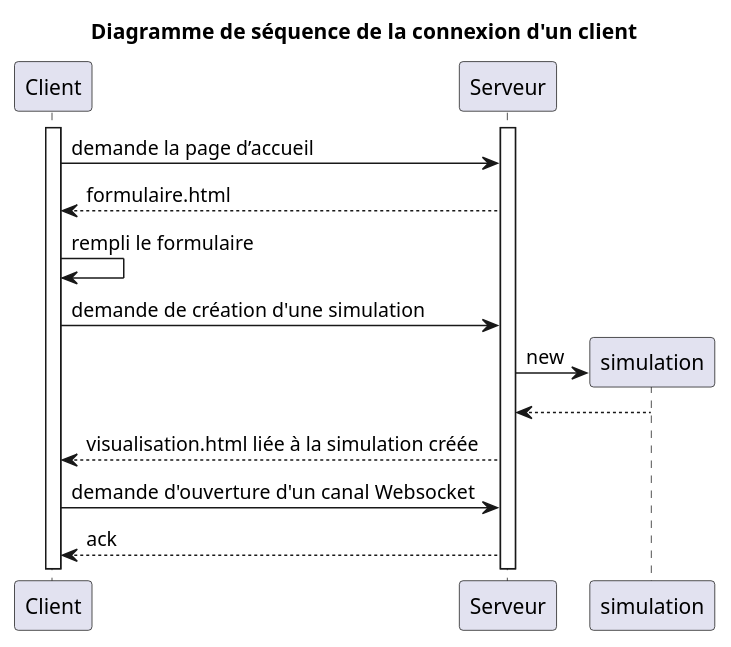
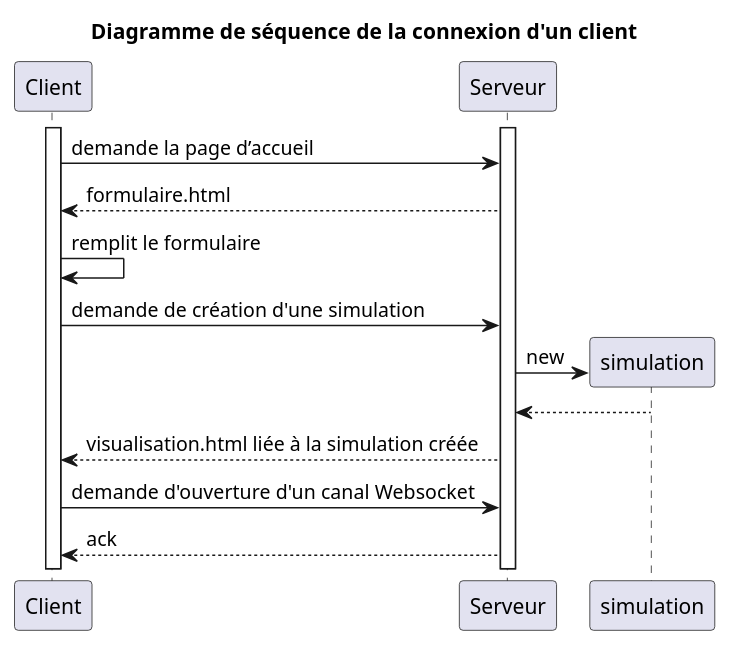
One commit to MiguelLaura/Recrutement_Inclusif_Paritaire changed the diagram in diagrammes/dag_cnx.iuml. Above: the diagram before and after it, drawn with PlantUML.

Commit message:
Mise a jour du diag de seq pour la connexion

```diff
--- a/diagrammes/dag_cnx.iuml
+++ b/diagrammes/dag_cnx.iuml
@@ -1,22 +1,22 @@
 @startuml
 
 title Diagramme de séquence de la connexion d'un client
 
 Client++
 Serveur++
 Client -> Serveur : demande la page d’accueil
 Client <-- Serveur : formulaire.html
 
-Client -> Client : rempli le formulaire
+Client -> Client : remplit le formulaire
 Client -> Serveur : demande de création d'une simulation
 
 Serveur -> simulation** : new
 Serveur <-- simulation
 
 Client <-- Serveur : visualisation.html liée à la simulation créée
 
 Client -> Serveur : demande d'ouverture d'un canal Websocket
 Client <-- Serveur : ack
 
 
 @enduml
```
